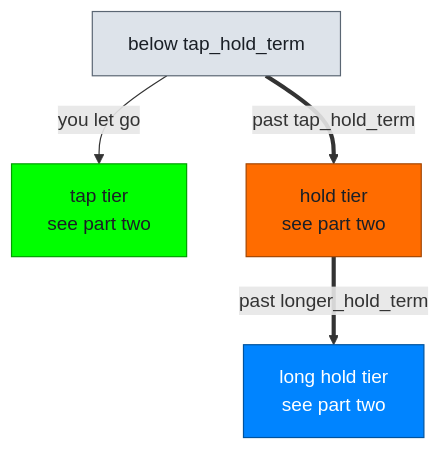
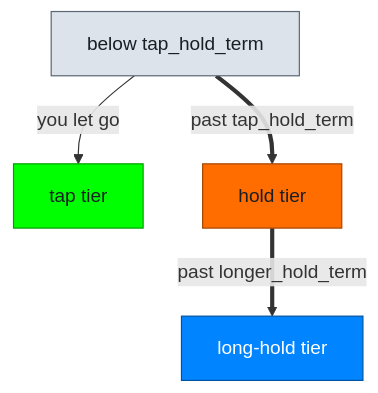
The fourth of 5 diagrams in docs/rgbflow.md (NoahCLR/charybdis-4x6), drawn with Mermaid before and after one commit. The commit also changed other lines of this file and 1 other file, not shown here.

````diff
--- a/docs/rgbflow.md
+++ b/docs/rgbflow.md
@@ -76,12 +166,12 @@
 ```mermaid
 flowchart TD
     BELOW["below tap_hold_term"]
-    BELOW -->|"you let go"| TT["tap tier<br>see part two"]
-    BELOW ==>|"past tap_hold_term"| HT["hold tier<br>see part two"]
-    HT ==>|"past longer_hold_term"| LT["long hold tier<br>see part two"]
+    BELOW -->|"you let go"| TT["tap tier"]
+    BELOW ==>|"past tap_hold_term"| HT["hold tier"]
+    HT ==>|"past longer_hold_term"| LT["long-hold tier"]
 
     style BELOW fill:#DDE3EA,stroke:#5A6673,color:#1A1F26
     style TT fill:#00FF00,stroke:#009E00,color:#1A1F26
     style HT fill:#FF6C00,stroke:#A34500,color:#1A1F26
     style LT fill:#0084FF,stroke:#00539E,color:#FFFFFF
 ```
````
